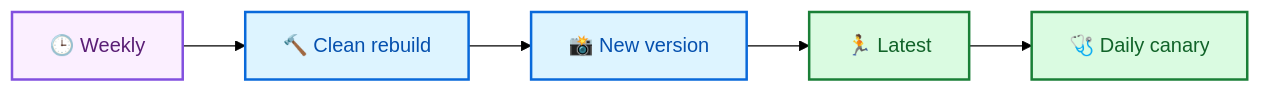
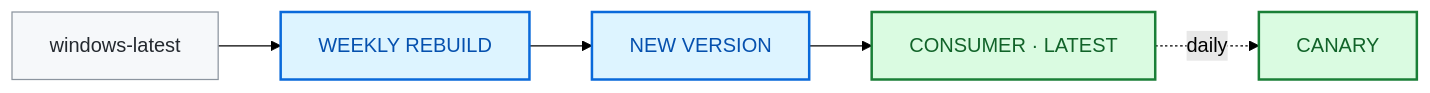
One commit to tsvi-solutions/custom_images_examples changed the second of 2 diagrams in README.md. Above: the diagram before and after it, drawn with Mermaid (forest theme). The commit also changed other lines of this file, not shown here.

````diff
--- a/README.md
+++ b/README.md
@@ -262,14 +243,14 @@
 ```mermaid
 flowchart LR
-    Weekly["🕒 Weekly"] --> Build["🔨 Clean rebuild"]
-    Build --> Latest["📸 New version"]
-    Latest --> Runner["🏃 Latest"]
-    Runner --> Canary["🩺 Daily canary"]
+    Base["windows-latest"] --> Build["WEEKLY REBUILD"]
+    Build --> Version["NEW VERSION"]
+    Version --> Runner["CONSUMER · LATEST"]
+    Runner -. daily .-> Canary["CANARY"]
 
-    classDef scheduled fill:#fbefff,color:#5a1e75,stroke:#8250df,stroke-width:2px
+    classDef base fill:#f6f8fa,color:#24292f,stroke:#8c959f
     classDef image fill:#ddf4ff,color:#0550ae,stroke:#0969da,stroke-width:2px
     classDef healthy fill:#dafbe1,color:#116329,stroke:#1a7f37,stroke-width:2px
-    class Weekly scheduled
-    class Build,Latest image
+    class Base base
+    class Build,Version image
     class Runner,Canary healthy
 ```
````
